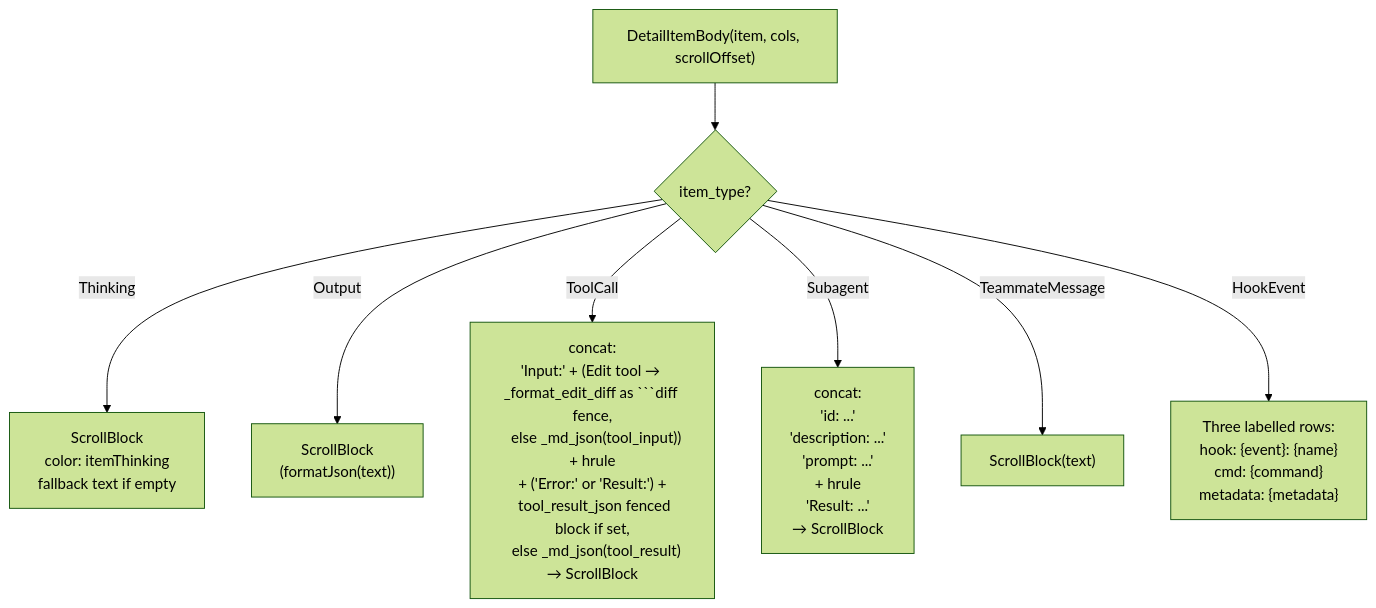
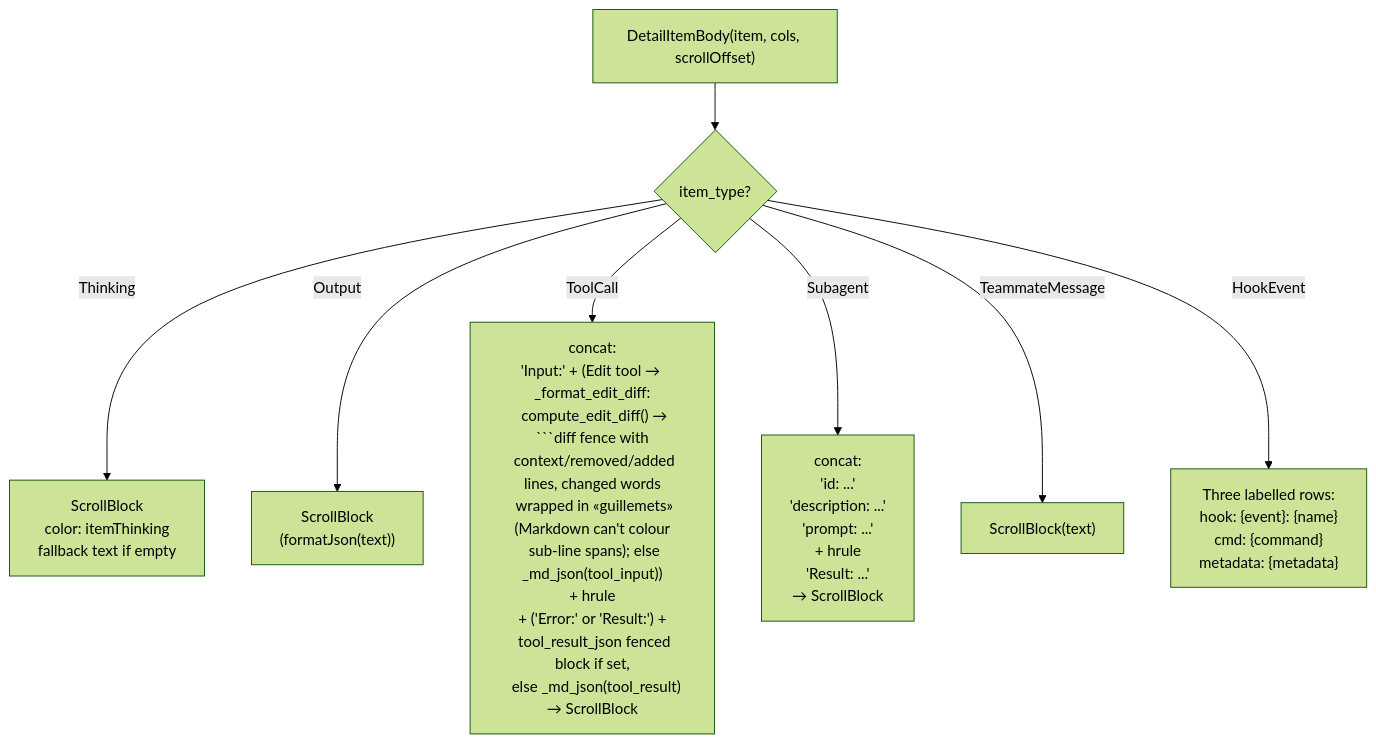
Before and after one commit to delexw/claude-code-trace: the third of 11 diagrams in specs/13-item-rendering.md, drawn with Mermaid (forest theme). The commit also changed other lines of this file and 10 other files, not shown here.

First line of the commit message:
feat: context-aware, word-level diff for Edit tool input

`````diff
--- a/specs/13-item-rendering.md
+++ b/specs/13-item-rendering.md
@@ -112,12 +113,12 @@
 ````mermaid
 flowchart TD
     BODY["DetailItemBody(item, cols, scrollOffset)"]
     BODY --> T{"item_type?"}
 
     T -->|"Thinking"| TH["ScrollBlock\ncolor: itemThinking\nfallback text if empty"]
     T -->|"Output"| OUT["ScrollBlock\n(formatJson(text))"]
-    T -->|"ToolCall"| TC["concat:\n'Input:' + (Edit tool → _format_edit_diff as ```diff fence,\n  else _md_json(tool_input))\n+ hrule\n+ ('Error:' or 'Result:') +\n  tool_result_json fenced block if set,\n  else _md_json(tool_result)\n→ ScrollBlock"]
+    T -->|"ToolCall"| TC["concat:\n'Input:' + (Edit tool → _format_edit_diff:\n  compute_edit_diff() → ```diff fence with\n  context/removed/added lines, changed words\n  wrapped in «guillemets» (Markdown can't colour\n  sub-line spans); else _md_json(tool_input))\n+ hrule\n+ ('Error:' or 'Result:') +\n  tool_result_json fenced block if set,\n  else _md_json(tool_result)\n→ ScrollBlock"]
     T -->|"Subagent"| SA["concat:\n'id: ...'\n'description: ...'\n'prompt: ...'\n+ hrule\n'Result: ...'\n→ ScrollBlock"]
     T -->|"TeammateMessage"| TM["ScrollBlock(text)"]
     T -->|"HookEvent"| HK["Three labelled rows:\nhook: {event}: {name}\ncmd: {command}\nmetadata: {metadata}"]
 ````
`````
